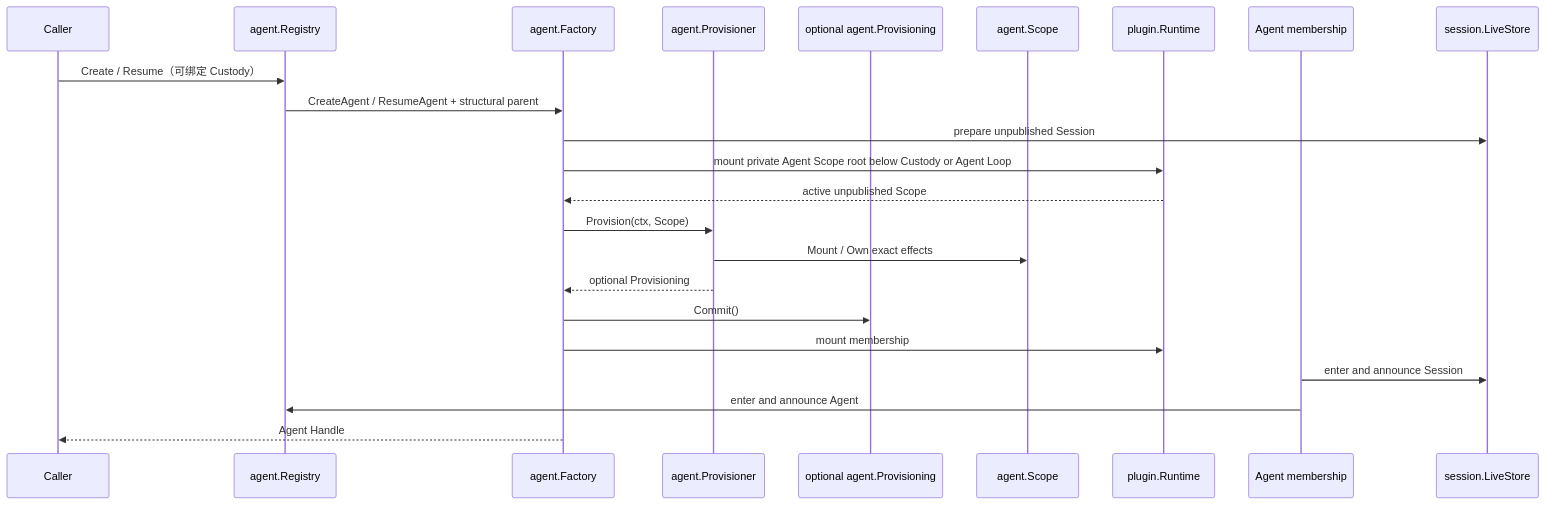
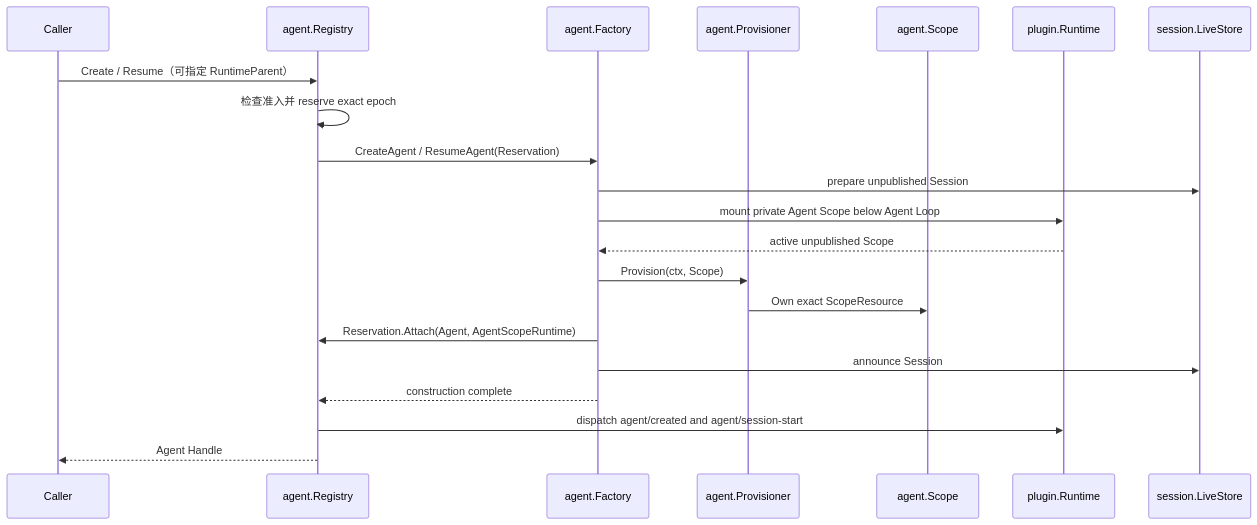
Before and after one commit to gorenx/goren: the diagram in agent/README.zh-CN.md, drawn with Mermaid. The commit also changed other lines of this file and 1 other file, not shown here.

Commit message:
docs(agent): document factory shutdown ownership

````diff
--- a/agent/README.zh-CN.md
+++ b/agent/README.zh-CN.md
@@ -24,26 +28,24 @@
 ```mermaid
 sequenceDiagram
     participant Caller as Caller
     participant Registry as agent.Registry
     participant Factory as agent.Factory
     participant Provisioner as agent.Provisioner
-    participant Provisioning as optional agent.Provisioning
     participant Scope as agent.Scope
     participant Runtime as plugin.Runtime
-    participant Membership as Agent membership
     participant Session as session.LiveStore
 
-    Caller->>Registry: Create / Resume（可绑定 Custody）
-    Registry->>Factory: CreateAgent / ResumeAgent + structural parent
+    Caller->>Registry: Create / Resume（可指定 RuntimeParent）
+    Registry->>Registry: 检查准入并 reserve exact epoch
+    Registry->>Factory: CreateAgent / ResumeAgent(Reservation)
     Factory->>Session: prepare unpublished Session
-    Factory->>Runtime: mount private Agent Scope root below Custody or Agent Loop
+    Factory->>Runtime: mount private Agent Scope below Agent Loop
     Runtime-->>Factory: active unpublished Scope
     Factory->>Provisioner: Provision(ctx, Scope)
-    Provisioner->>Scope: Mount / Own exact effects
-    Provisioner-->>Factory: optional Provisioning
-    Factory->>Provisioning: Commit()
-    Factory->>Runtime: mount membership
-    Membership->>Session: enter and announce Session
-    Membership->>Registry: enter and announce Agent
-    Factory-->>Caller: Agent Handle
+    Provisioner->>Scope: Own exact ScopeResource
+    Factory->>Registry: Reservation.Attach(Agent, AgentScopeRuntime)
+    Factory->>Session: announce Session
+    Factory-->>Registry: construction complete
+    Registry->>Runtime: dispatch agent/created and agent/session-start
+    Registry-->>Caller: Agent Handle
 ```
````
